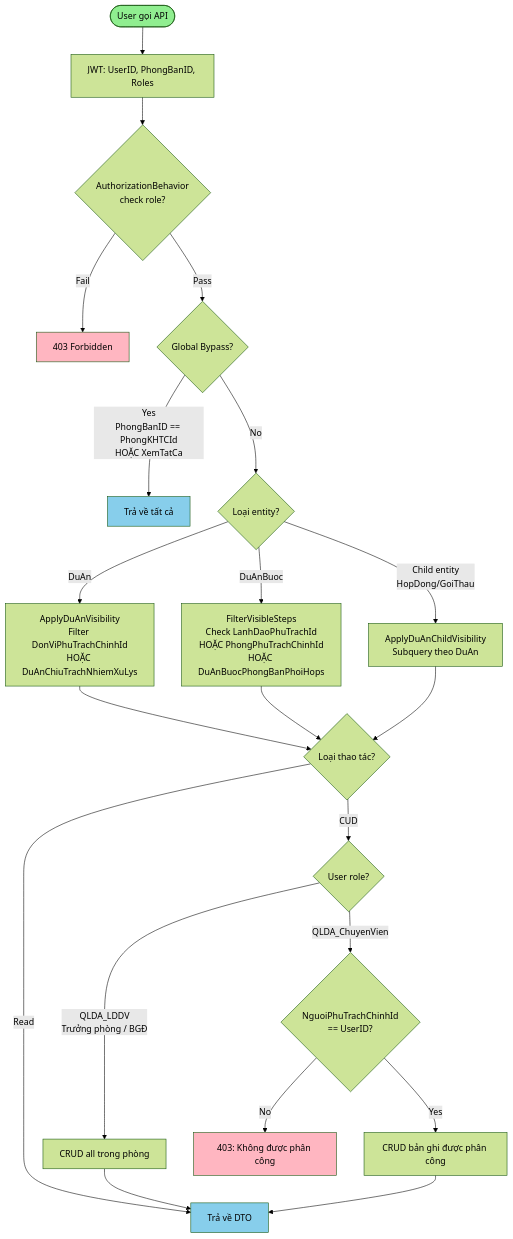
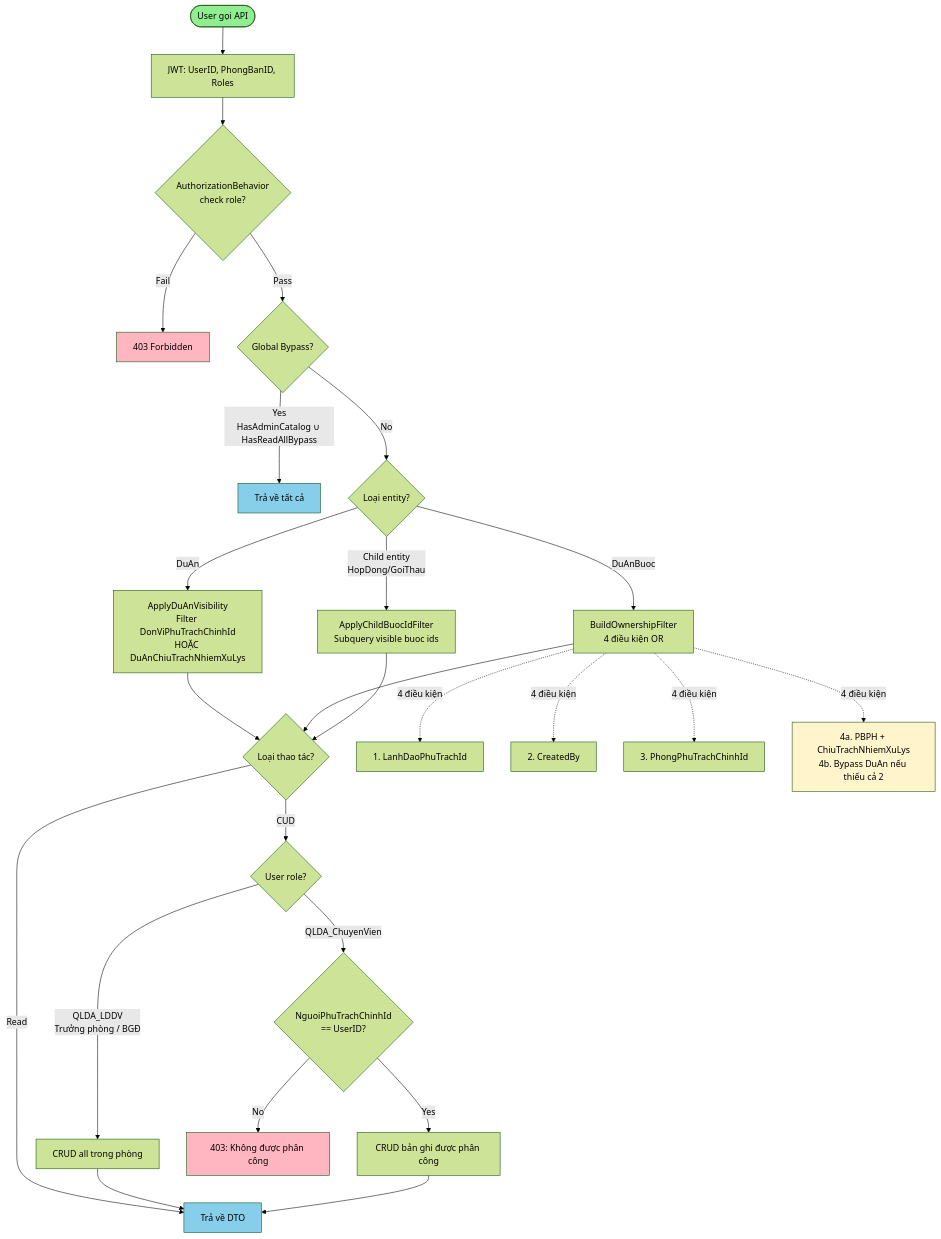
One commit to thinlam/Quan_Ly_Du_An changed the fourth of 6 diagrams in docs/feature/RoleClaimPolicy/phan-quyen-theo-phong-ban-integration-guide.md. Above: the diagram before and after it, drawn with Mermaid (forest theme). The commit also changed other lines of this file and 4 other files, not shown here.

````diff
--- a/docs/feature/RoleClaimPolicy/phan-quyen-theo-phong-ban-integration-guide.md
+++ b/docs/feature/RoleClaimPolicy/phan-quyen-theo-phong-ban-integration-guide.md
@@ -901,38 +961,44 @@
 ```mermaid
 flowchart TD
     Start([User gọi API]) --> Extract[JWT: UserID, PhongBanID, Roles]
     Extract --> CheckAuth{AuthorizationBehavior<br/>check role?}
 
     CheckAuth -->|Fail| Deny1[403 Forbidden]
     CheckAuth -->|Pass| GlobalBypass{Global Bypass?}
 
-    GlobalBypass -->|Yes<br/>PhongBanID == PhongKHTCId<br/>HOẶC XemTatCa| ReturnAll[Trả về tất cả]
+    GlobalBypass -->|Yes<br/>HasAdminCatalog ∪ HasReadAllBypass| ReturnAll[Trả về tất cả]
 
     GlobalBypass -->|No| EntityType{Loại entity?}
 
     EntityType -->|DuAn| DuAnFilter[ApplyDuAnVisibility<br/>Filter DonViPhuTrachChinhId<br/>HOẶC DuAnChiuTrachNhiemXuLys]
-    EntityType -->|DuAnBuoc| BuocFilter[FilterVisibleSteps<br/>Check LanhDaoPhuTrachId<br/>HOẶC PhongPhuTrachChinhId<br/>HOẶC DuAnBuocPhongBanPhoiHops]
-    EntityType -->|Child entity<br/>HopDong/GoiThau| ChildFilter[ApplyDuAnChildVisibility<br/>Subquery theo DuAn]
+    EntityType -->|DuAnBuoc| BuocFilter[BuildOwnershipFilter<br/>4 điều kiện OR]
+    EntityType -->|Child entity<br/>HopDong/GoiThau| ChildFilter[ApplyChildBuocIdFilter<br/>Subquery visible buoc ids]
 
     DuAnFilter --> CUDCheck{Loại thao tác?}
     BuocFilter --> CUDCheck
     ChildFilter --> CUDCheck
+
+    BuocFilter -.->|4 điều kiện| Cond1[1. LanhDaoPhuTrachId]
+    BuocFilter -.->|4 điều kiện| Cond2[2. CreatedBy]
+    BuocFilter -.->|4 điều kiện| Cond3[3. PhongPhuTrachChinhId]
+    BuocFilter -.->|4 điều kiện| Cond4[4a. PBPH + ChiuTrachNhiemXuLys<br/>4b. Bypass DuAn nếu thiếu cả 2]
 
     CUDCheck -->|Read| ReturnData[Trả về DTO]
     CUDCheck -->|CUD| RoleCheck{User role?}
 
     RoleCheck -->|QLDA_LDDV<br/>Trưởng phòng / BGĐ| FullCRUD[CRUD all trong phòng]
     RoleCheck -->|QLDA_ChuyenVien| AssignmentCheck{NguoiPhuTrachChinhId<br/>== UserID?}
 
     AssignmentCheck -->|Yes| PartialCRUD[CRUD bản ghi được phân công]
     AssignmentCheck -->|No| Deny2[403: Không được phân công]
 
     FullCRUD --> ReturnData
     PartialCRUD --> ReturnData
 
     style Start fill:#90EE90
     style Deny1 fill:#FFB6C1
     style Deny2 fill:#FFB6C1
     style ReturnAll fill:#87CEEB
     style ReturnData fill:#87CEEB
+    style Cond4 fill:#fff4cc
 ```
````
